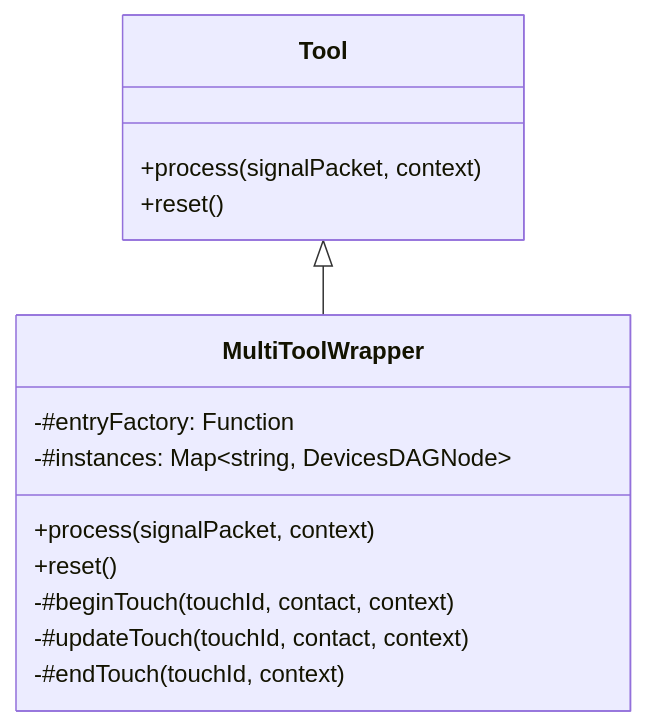
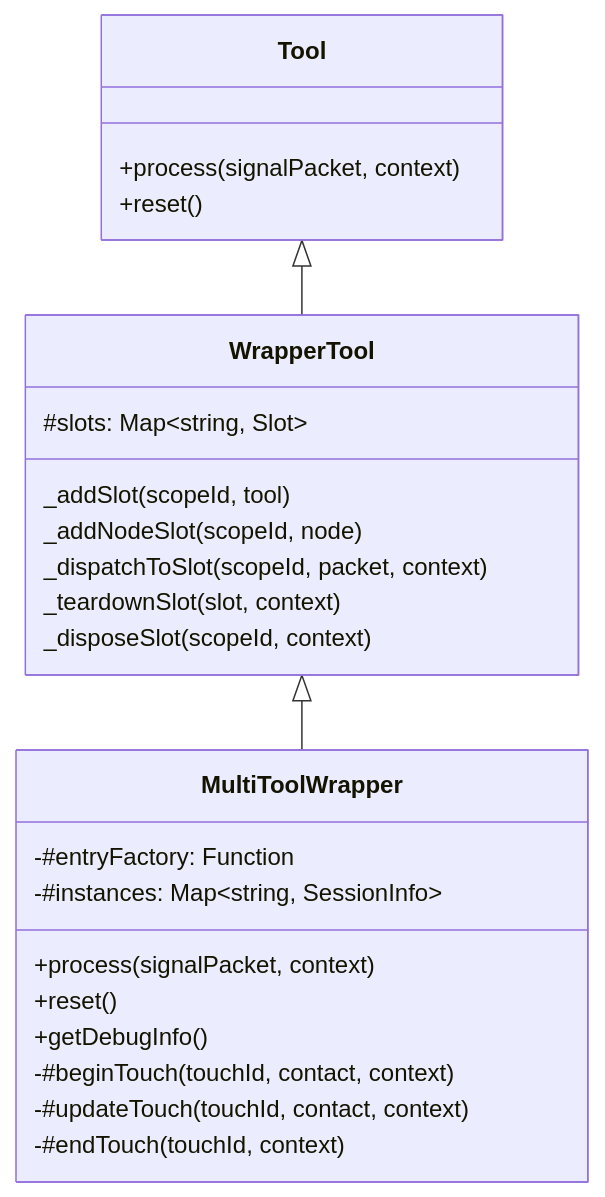
The diagram in src/core/ui-thread/devices-dag/tools/wrapper/docs/multi-tool-wrapper-document.md (Frank-Steven/HoundWhiteboard), drawn with Mermaid before and after one commit. The commit also changed other lines of this file and 5 other files, not shown here.

Commit message:
refactor(dag): MultiToolWrapper 重建到 WrapperTool 基座

````diff
--- a/src/core/ui-thread/devices-dag/tools/wrapper/docs/multi-tool-wrapper-document.md
+++ b/src/core/ui-thread/devices-dag/tools/wrapper/docs/multi-tool-wrapper-document.md
@@ -20,19 +20,30 @@
 ```mermaid
 classDiagram
     class Tool {
         +process(signalPacket, context)
         +reset()
     }
 
+    class WrapperTool {
+        #slots: Map~string, Slot~
+        _addSlot(scopeId, tool)
+        _addNodeSlot(scopeId, node)
+        _dispatchToSlot(scopeId, packet, context)
+        _teardownSlot(slot, context)
+        _disposeSlot(scopeId, context)
+    }
+
     class MultiToolWrapper {
         -#entryFactory: Function
-        -#instances: Map~string, DevicesDAGNode~
+        -#instances: Map~string, SessionInfo~
         +process(signalPacket, context)
         +reset()
+        +getDebugInfo()
         -#beginTouch(touchId, contact, context)
         -#updateTouch(touchId, contact, context)
         -#endTouch(touchId, context)
     }
 
-    Tool <|-- MultiToolWrapper
+    Tool <|-- WrapperTool
+    WrapperTool <|-- MultiToolWrapper
 ```
````
